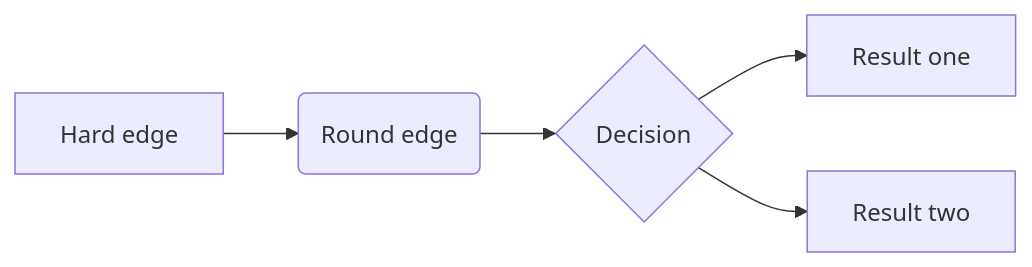
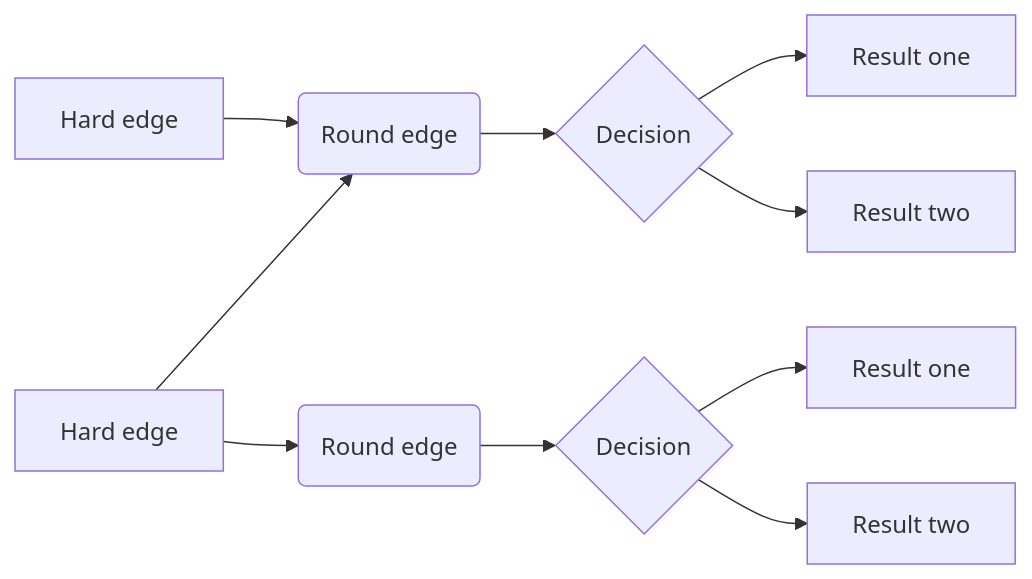
Before and after one commit to TomekMatuszek/amuthesis-quarto: the diagram in 03-roz3.qmd, drawn with Mermaid. The commit also changed other lines of this file and 8 other files, not shown here.

Commit message:
testy diagramów

````diff
--- a/03-roz3.qmd
+++ b/03-roz3.qmd
@@ -32,12 +8,15 @@
 ```{mermaid}
-%%| label: fig-rycina42
+%%| label: fig-rycina4
 %%| echo: false
 %%| fig-cap: "Mermaid flowchart"
-%%| out-width: "100%"
-%%| out-height: 200px
 flowchart LR
   A[Hard edge] --> B(Round edge)
   B --> C{Decision}
   C --> D[Result one]
   C --> E[Result two]
+  F[Hard edge] --> G(Round edge)
+  F --> B
+  G --> H{Decision}
+  H --> I[Result one]
+  H --> J[Result two]
 ```
````
